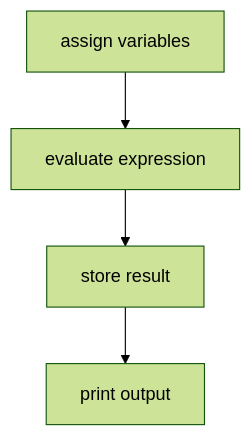
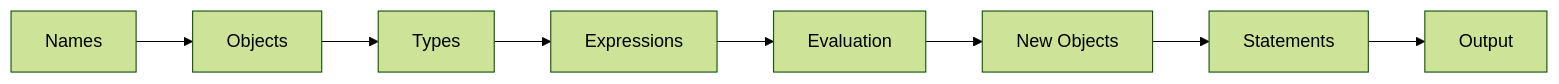
The diagram in docs/ch01/basics/putting_it_all_together.md (Annyeong-One/yonsei_mat2014_textbook), drawn with Mermaid (forest theme) before and after one commit. The commit also changed other lines of this file and 1088 other files, not shown here.

````diff
--- a/docs/ch01/basics/putting_it_all_together.md
+++ b/docs/ch01/basics/putting_it_all_together.md
@@ -18,6 +114,10 @@
 ```mermaid
-flowchart TD
-    A[assign variables] --> B[evaluate expression]
-    B --> C[store result]
-    C --> D[print output]
+flowchart LR
+    A[Names] --> B[Objects]
+    B --> C[Types]
+    C --> D[Expressions]
+    D --> E[Evaluation]
+    E --> F[New Objects]
+    F --> G[Statements]
+    G --> H[Output]
 ```
````
